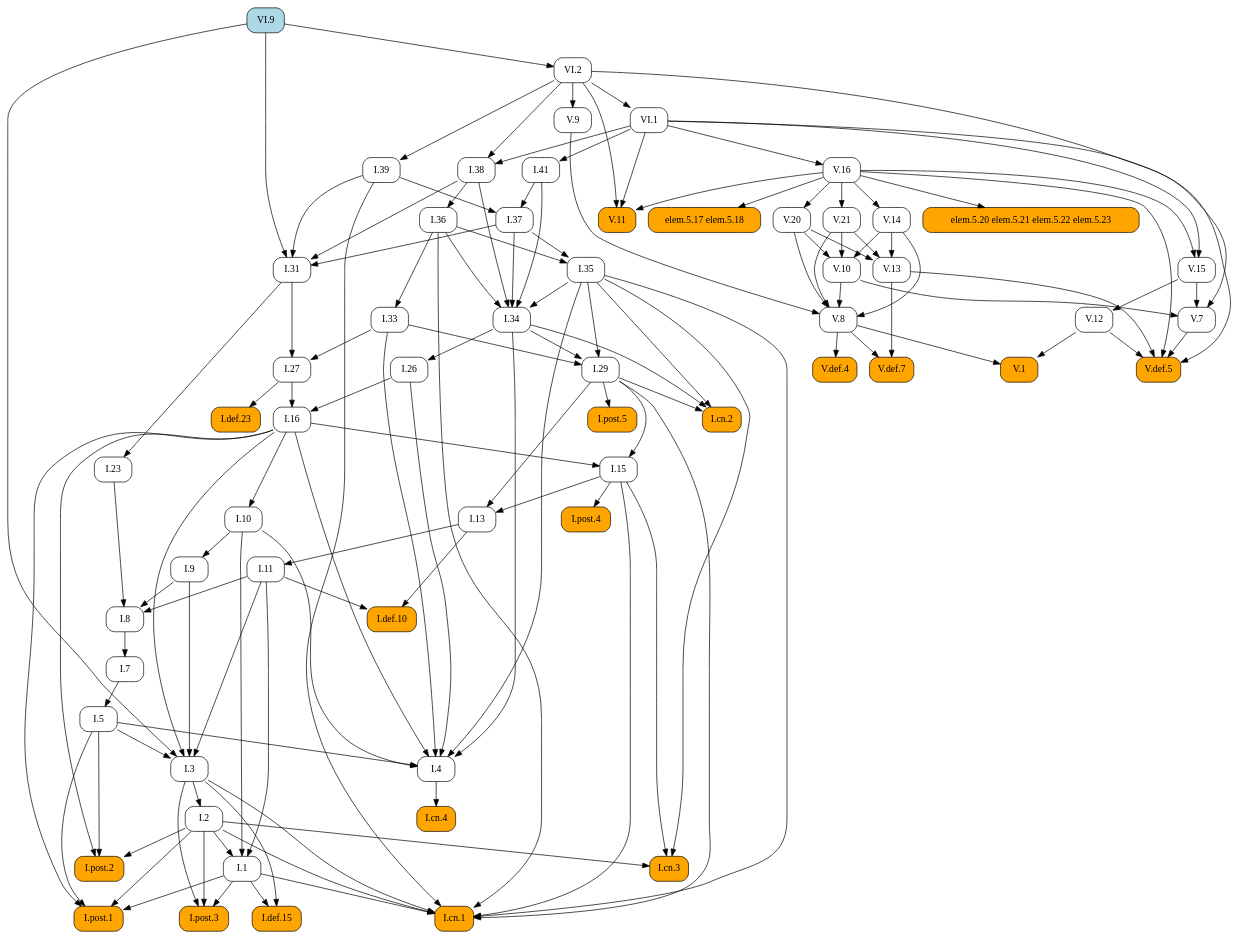
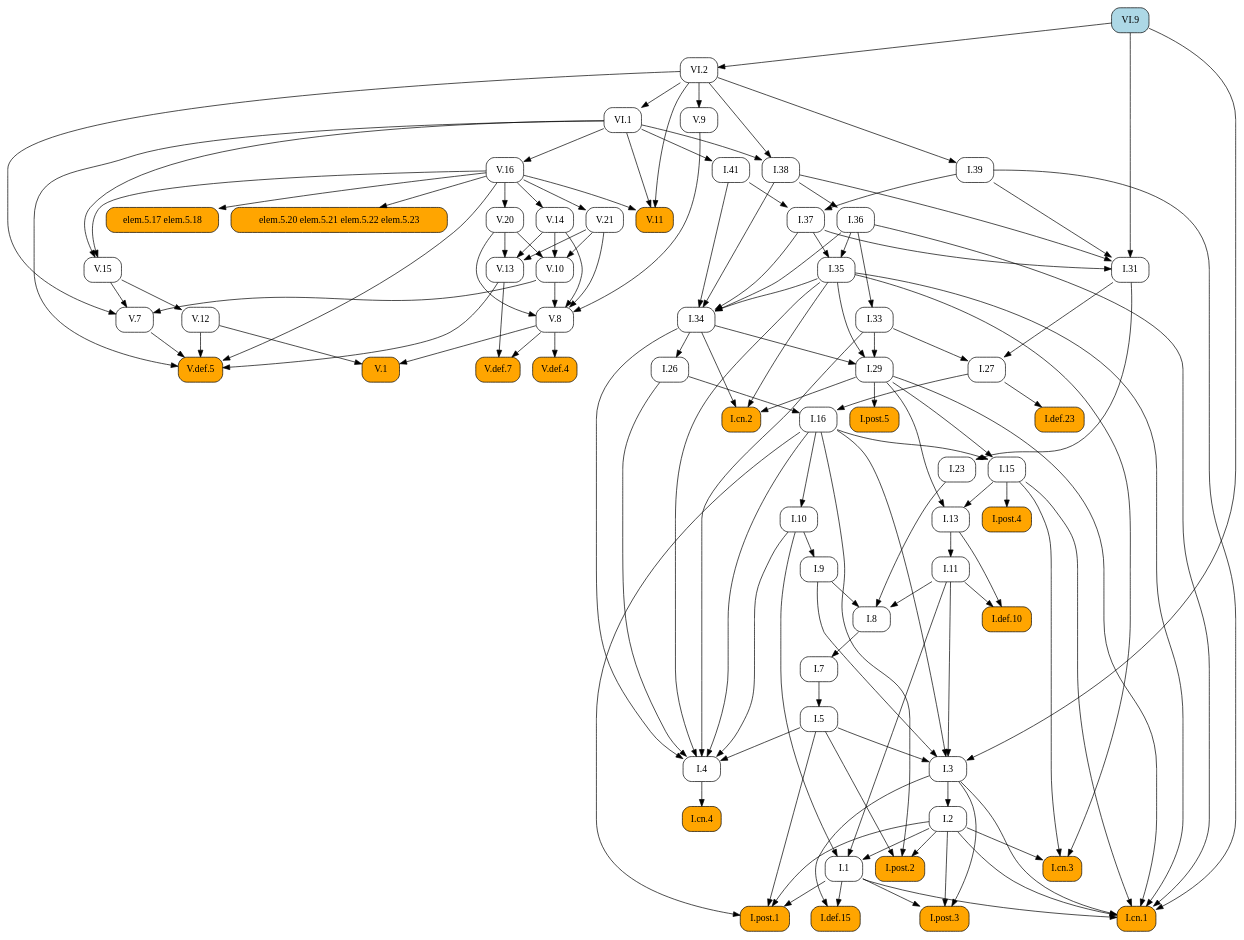
The diagram in docsrc/heath/VI/9/index.rst (geometor/elements), drawn with Graphviz before and after one commit. The commit also changed other lines of this file and 484 other files, not shown here.

```diff
--- a/docsrc/heath/VI/9/index.rst
+++ b/docsrc/heath/VI/9/index.rst
@@ -48,106 +48,123 @@
    digraph {
      rankdir="TB";
      node [shape=box, style=rounded];
-     "I.def.10" [style="rounded,filled", fillcolor=orange, URL="/heath/I/def.10/", target="_top"];
-     "I.11" [URL="/heath/I/11/", target="_top"];
-     "I.post.4" [style="rounded,filled", fillcolor=orange, URL="/heath/I/post.4/", target="_top"];
-     "I.1" [URL="/heath/I/1/", target="_top"];
-     "I.39" [URL="/heath/I/39/", target="_top"];
-     "I.26" [URL="/heath/I/26/", target="_top"];
+     "V.16" [URL="/heath/V/16/", target="_top"];
+     "I.23" [URL="/heath/I/23/", target="_top"];
+     "I.9" [URL="/heath/I/9/", target="_top"];
+     "I.33" [URL="/heath/I/33/", target="_top"];
+     "I.def.15" [style="rounded,filled", fillcolor=orange, URL="/heath/I/def.15/", target="_top"];
+     "V.13" [URL="/heath/V/13/", target="_top"];
+     "VI.9" [style="rounded,filled", fillcolor=lightblue, URL="/heath/VI/9/", target="_top"];
+     "V.7" [URL="/heath/V/7/", target="_top"];
+     "elem.5.17 elem.5.18" [style="rounded,filled", fillcolor=orange];
+     "I.post.3" [style="rounded,filled", fillcolor=orange, URL="/heath/I/post.3/", target="_top"];
+     "I.post.1" [style="rounded,filled", fillcolor=orange, URL="/heath/I/post.1/", target="_top"];
      "V.14" [URL="/heath/V/14/", target="_top"];
      "V.def.5" [style="rounded,filled", fillcolor=orange, URL="/heath/V/def.5/", target="_top"];
+     "V.9" [URL="/heath/V/9/", target="_top"];
+     "I.31" [URL="/heath/I/31/", target="_top"];
+     "V.10" [URL="/heath/V/10/", target="_top"];
+     "I.def.10" [style="rounded,filled", fillcolor=orange, URL="/heath/I/def.10/", target="_top"];
+     "VI.1" [URL="/heath/VI/1/", target="_top"];
+     "I.27" [URL="/heath/I/27/", target="_top"];
+     "I.39" [URL="/heath/I/39/", target="_top"];
+     "V.20" [URL="/heath/V/20/", target="_top"];
+     "V.11" [style="rounded,filled", fillcolor=orange, URL="/heath/V/11/", target="_top"];
+     "I.34" [URL="/heath/I/34/", target="_top"];
+     "V.12" [URL="/heath/V/12/", target="_top"];
+     "I.3" [URL="/heath/I/3/", target="_top"];
+     "V.def.4" [style="rounded,filled", fillcolor=orange, URL="/heath/V/def.4/", target="_top"];
+     "I.35" [URL="/heath/I/35/", target="_top"];
+     "I.cn.1" [style="rounded,filled", fillcolor=orange, URL="/heath/I/cn.1/", target="_top"];
+     "I.7" [URL="/heath/I/7/", target="_top"];
+     "V.def.7" [style="rounded,filled", fillcolor=orange, URL="/heath/V/def.7/", target="_top"];
+     "I.2" [URL="/heath/I/2/", target="_top"];
+     "V.21" [URL="/heath/V/21/", target="_top"];
+     "I.36" [URL="/heath/I/36/", target="_top"];
+     "I.13" [URL="/heath/I/13/", target="_top"];
+     "I.post.4" [style="rounded,filled", fillcolor=orange, URL="/heath/I/post.4/", target="_top"];
+     "I.4" [URL="/heath/I/4/", target="_top"];
+     "I.1" [URL="/heath/I/1/", target="_top"];
+     "I.5" [URL="/heath/I/5/", target="_top"];
+     "I.8" [URL="/heath/I/8/", target="_top"];
+     "I.37" [URL="/heath/I/37/", target="_top"];
+     "I.cn.3" [style="rounded,filled", fillcolor=orange, URL="/heath/I/cn.3/", target="_top"];
      "I.29" [URL="/heath/I/29/", target="_top"];
-     "V.12" [URL="/heath/V/12/", target="_top"];
+     "I.16" [URL="/heath/I/16/", target="_top"];
+     "I.38" [URL="/heath/I/38/", target="_top"];
+     "V.8" [URL="/heath/V/8/", target="_top"];
+     "I.15" [URL="/heath/I/15/", target="_top"];
+     "I.10" [URL="/heath/I/10/", target="_top"];
+     "V.1" [style="rounded,filled", fillcolor=orange, URL="/heath/V/1/", target="_top"];
+     "I.def.23" [style="rounded,filled", fillcolor=orange, URL="/heath/I/def.23/", target="_top"];
+     "I.11" [URL="/heath/I/11/", target="_top"];
      "I.cn.2" [style="rounded,filled", fillcolor=orange, URL="/heath/I/cn.2/", target="_top"];
-     "V.20" [URL="/heath/V/20/", target="_top"];
-     "V.10" [URL="/heath/V/10/", target="_top"];
-     "V.11" [style="rounded,filled", fillcolor=orange, URL="/heath/V/11/", target="_top"];
+     "I.post.5" [style="rounded,filled", fillcolor=orange, URL="/heath/I/post.5/", target="_top"];
      "VI.2" [URL="/heath/VI/2/", target="_top"];
-     "V.13" [URL="/heath/V/13/", target="_top"];
-     "I.def.15" [style="rounded,filled", fillcolor=orange, URL="/heath/I/def.15/", target="_top"];
-     "I.post.3" [style="rounded,filled", fillcolor=orange, URL="/heath/I/post.3/", target="_top"];
-     "VI.1" [URL="/heath/VI/1/", target="_top"];
+     "I.cn.4" [style="rounded,filled", fillcolor=orange, URL="/heath/I/cn.4/", target="_top"];
+     "I.post.2" [style="rounded,filled", fillcolor=orange, URL="/heath/I/post.2/", target="_top"];
+     "I.41" [URL="/heath/I/41/", target="_top"];
      "V.15" [URL="/heath/V/15/", target="_top"];
-     "I.cn.1" [style="rounded,filled", fillcolor=orange, URL="/heath/I/cn.1/", target="_top"];
-     "I.cn.3" [style="rounded,filled", fillcolor=orange, URL="/heath/I/cn.3/", target="_top"];
-     "V.7" [URL="/heath/V/7/", target="_top"];
-     "V.9" [URL="/heath/V/9/", target="_top"];
-     "V.16" [URL="/heath/V/16/", target="_top"];
-     "I.23" [URL="/heath/I/23/", target="_top"];
-     "I.post.1" [style="rounded,filled", fillcolor=orange, URL="/heath/I/post.1/", target="_top"];
-     "VI.9" [style="rounded,filled", fillcolor=lightblue, URL="/heath/VI/9/", target="_top"];
-     "I.35" [URL="/heath/I/35/", target="_top"];
-     "I.36" [URL="/heath/I/36/", target="_top"];
-     "I.27" [URL="/heath/I/27/", target="_top"];
-     "V.8" [URL="/heath/V/8/", target="_top"];
-     "I.41" [URL="/heath/I/41/", target="_top"];
-     "I.37" [URL="/heath/I/37/", target="_top"];
-     "I.34" [URL="/heath/I/34/", target="_top"];
-     "I.3" [URL="/heath/I/3/", target="_top"];
-     "I.7" [URL="/heath/I/7/", target="_top"];
-     "I.2" [URL="/heath/I/2/", target="_top"];
-     "I.def.23" [style="rounded,filled", fillcolor=orange, URL="/heath/I/def.23/", target="_top"];
-     "I.4" [URL="/heath/I/4/", target="_top"];
-     "I.13" [URL="/heath/I/13/", target="_top"];
-     "I.33" [URL="/heath/I/33/", target="_top"];
-     "I.post.2" [style="rounded,filled", fillcolor=orange, URL="/heath/I/post.2/", target="_top"];
-     "I.31" [URL="/heath/I/31/", target="_top"];
-     "V.1" [style="rounded,filled", fillcolor=orange, URL="/heath/V/1/", target="_top"];
-     "I.16" [URL="/heath/I/16/", target="_top"];
+     "I.26" [URL="/heath/I/26/", target="_top"];
      "elem.5.20 elem.5.21 elem.5.22 elem.5.23" [style="rounded,filled", fillcolor=orange];
-     "elem.5.17 elem.5.18" [style="rounded,filled", fillcolor=orange];
-     "I.9" [URL="/heath/I/9/", target="_top"];
-     "I.8" [URL="/heath/I/8/", target="_top"];
-     "V.def.4" [style="rounded,filled", fillcolor=orange, URL="/heath/V/def.4/", target="_top"];
-     "I.cn.4" [style="rounded,filled", fillcolor=orange, URL="/heath/I/cn.4/", target="_top"];
-     "I.15" [URL="/heath/I/15/", target="_top"];
-     "I.post.5" [style="rounded,filled", fillcolor=orange, URL="/heath/I/post.5/", target="_top"];
-     "I.38" [URL="/heath/I/38/", target="_top"];
-     "V.def.7" [style="rounded,filled", fillcolor=orange, URL="/heath/V/def.7/", target="_top"];
-     "I.10" [URL="/heath/I/10/", target="_top"];
-     "I.5" [URL="/heath/I/5/", target="_top"];
-     "V.21" [URL="/heath/V/21/", target="_top"];
-     "I.11" -> "I.def.10";
-     "I.13" -> "I.def.10";
-     "I.13" -> "I.11";
-     "I.15" -> "I.post.4";
-     "I.2" -> "I.1";
-     "I.10" -> "I.1";
-     "I.11" -> "I.1";
-     "VI.2" -> "I.39";
-     "I.34" -> "I.26";
+     "VI.1" -> "V.16";
+     "I.31" -> "I.23";
+     "I.10" -> "I.9";
+     "I.36" -> "I.33";
+     "I.1" -> "I.def.15";
+     "I.3" -> "I.def.15";
+     "V.14" -> "V.13";
+     "V.20" -> "V.13";
+     "V.21" -> "V.13";
+     "V.10" -> "V.7";
+     "V.15" -> "V.7";
+     "VI.2" -> "V.7";
+     "V.16" -> "elem.5.17 elem.5.18";
+     "I.1" -> "I.post.3";
+     "I.2" -> "I.post.3";
+     "I.3" -> "I.post.3";
+     "I.1" -> "I.post.1";
+     "I.2" -> "I.post.1";
+     "I.5" -> "I.post.1";
+     "I.16" -> "I.post.1";
      "V.16" -> "V.14";
      "V.7" -> "V.def.5";
      "V.12" -> "V.def.5";
      "V.13" -> "V.def.5";
      "V.16" -> "V.def.5";
      "VI.1" -> "V.def.5";
-     "I.33" -> "I.29";
-     "I.34" -> "I.29";
-     "I.35" -> "I.29";
-     "V.15" -> "V.12";
-     "I.29" -> "I.cn.2";
-     "I.34" -> "I.cn.2";
-     "I.35" -> "I.cn.2";
-     "V.16" -> "V.20";
+     "VI.2" -> "V.9";
+     "I.37" -> "I.31";
+     "I.38" -> "I.31";
+     "I.39" -> "I.31";
+     "VI.9" -> "I.31";
      "V.14" -> "V.10";
      "V.20" -> "V.10";
      "V.21" -> "V.10";
+     "I.11" -> "I.def.10";
+     "I.13" -> "I.def.10";
+     "VI.2" -> "VI.1";
+     "I.31" -> "I.27";
+     "I.33" -> "I.27";
+     "VI.2" -> "I.39";
+     "V.16" -> "V.20";
      "V.16" -> "V.11";
      "VI.1" -> "V.11";
      "VI.2" -> "V.11";
-     "VI.9" -> "VI.2";
-     "V.14" -> "V.13";
-     "V.20" -> "V.13";
-     "V.21" -> "V.13";
-     "I.1" -> "I.def.15";
-     "I.3" -> "I.def.15";
-     "I.1" -> "I.post.3";
-     "I.2" -> "I.post.3";
-     "I.3" -> "I.post.3";
-     "VI.2" -> "VI.1";
-     "V.16" -> "V.15";
-     "VI.1" -> "V.15";
+     "I.35" -> "I.34";
+     "I.36" -> "I.34";
+     "I.37" -> "I.34";
+     "I.38" -> "I.34";
+     "I.41" -> "I.34";
+     "V.15" -> "V.12";
+     "I.5" -> "I.3";
+     "I.9" -> "I.3";
+     "I.11" -> "I.3";
+     "I.16" -> "I.3";
+     "VI.9" -> "I.3";
+     "V.8" -> "V.def.4";
+     "I.36" -> "I.35";
+     "I.37" -> "I.35";
      "I.1" -> "I.cn.1";
      "I.2" -> "I.cn.1";
      "I.3" -> "I.cn.1";
@@ -156,45 +173,15 @@
      "I.35" -> "I.cn.1";
      "I.36" -> "I.cn.1";
      "I.39" -> "I.cn.1";
-     "I.2" -> "I.cn.3";
-     "I.15" -> "I.cn.3";
-     "I.35" -> "I.cn.3";
-     "V.10" -> "V.7";
-     "V.15" -> "V.7";
-     "VI.2" -> "V.7";
-     "VI.2" -> "V.9";
-     "VI.1" -> "V.16";
-     "I.31" -> "I.23";
-     "I.1" -> "I.post.1";
-     "I.2" -> "I.post.1";
-     "I.5" -> "I.post.1";
-     "I.16" -> "I.post.1";
-     "I.36" -> "I.35";
-     "I.37" -> "I.35";
+     "I.8" -> "I.7";
+     "V.8" -> "V.def.7";
+     "V.13" -> "V.def.7";
+     "I.3" -> "I.2";
+     "V.16" -> "V.21";
      "I.38" -> "I.36";
-     "I.31" -> "I.27";
-     "I.33" -> "I.27";
-     "V.9" -> "V.8";
-     "V.10" -> "V.8";
-     "V.14" -> "V.8";
-     "V.20" -> "V.8";
-     "V.21" -> "V.8";
-     "VI.1" -> "I.41";
-     "I.39" -> "I.37";
-     "I.41" -> "I.37";
-     "I.35" -> "I.34";
-     "I.36" -> "I.34";
-     "I.37" -> "I.34";
-     "I.38" -> "I.34";
-     "I.41" -> "I.34";
-     "I.5" -> "I.3";
-     "I.9" -> "I.3";
-     "I.11" -> "I.3";
-     "I.16" -> "I.3";
-     "VI.9" -> "I.3";
-     "I.8" -> "I.7";
-     "I.3" -> "I.2";
-     "I.27" -> "I.def.23";
+     "I.15" -> "I.13";
+     "I.29" -> "I.13";
+     "I.15" -> "I.post.4";
      "I.5" -> "I.4";
      "I.10" -> "I.4";
      "I.16" -> "I.4";
@@ -202,36 +189,49 @@
      "I.33" -> "I.4";
      "I.34" -> "I.4";
      "I.35" -> "I.4";
-     "I.15" -> "I.13";
-     "I.29" -> "I.13";
-     "I.36" -> "I.33";
+     "I.2" -> "I.1";
+     "I.10" -> "I.1";
+     "I.11" -> "I.1";
+     "I.7" -> "I.5";
+     "I.9" -> "I.8";
+     "I.11" -> "I.8";
+     "I.23" -> "I.8";
+     "I.39" -> "I.37";
+     "I.41" -> "I.37";
+     "I.2" -> "I.cn.3";
+     "I.15" -> "I.cn.3";
+     "I.35" -> "I.cn.3";
+     "I.33" -> "I.29";
+     "I.34" -> "I.29";
+     "I.35" -> "I.29";
+     "I.26" -> "I.16";
+     "I.27" -> "I.16";
+     "VI.1" -> "I.38";
+     "VI.2" -> "I.38";
+     "V.9" -> "V.8";
+     "V.10" -> "V.8";
+     "V.14" -> "V.8";
+     "V.20" -> "V.8";
+     "V.21" -> "V.8";
+     "I.16" -> "I.15";
+     "I.29" -> "I.15";
+     "I.16" -> "I.10";
+     "V.8" -> "V.1";
+     "V.12" -> "V.1";
+     "I.27" -> "I.def.23";
+     "I.13" -> "I.11";
+     "I.29" -> "I.cn.2";
+     "I.34" -> "I.cn.2";
+     "I.35" -> "I.cn.2";
+     "I.29" -> "I.post.5";
+     "VI.9" -> "VI.2";
+     "I.4" -> "I.cn.4";
      "I.2" -> "I.post.2";
      "I.5" -> "I.post.2";
      "I.16" -> "I.post.2";
-     "I.37" -> "I.31";
-     "I.38" -> "I.31";
-     "I.39" -> "I.31";
-     "VI.9" -> "I.31";
-     "V.8" -> "V.1";
-     "V.12" -> "V.1";
-     "I.26" -> "I.16";
-     "I.27" -> "I.16";
+     "VI.1" -> "I.41";
+     "V.16" -> "V.15";
+     "VI.1" -> "V.15";
+     "I.34" -> "I.26";
      "V.16" -> "elem.5.20 elem.5.21 elem.5.22 elem.5.23";
-     "V.16" -> "elem.5.17 elem.5.18";
-     "I.10" -> "I.9";
-     "I.9" -> "I.8";
-     "I.11" -> "I.8";
-     "I.23" -> "I.8";
-     "V.8" -> "V.def.4";
-     "I.4" -> "I.cn.4";
-     "I.16" -> "I.15";
-     "I.29" -> "I.15";
-     "I.29" -> "I.post.5";
-     "VI.1" -> "I.38";
-     "VI.2" -> "I.38";
-     "V.8" -> "V.def.7";
-     "V.13" -> "V.def.7";
-     "I.16" -> "I.10";
-     "I.7" -> "I.5";
-     "V.16" -> "V.21";
    }
```
